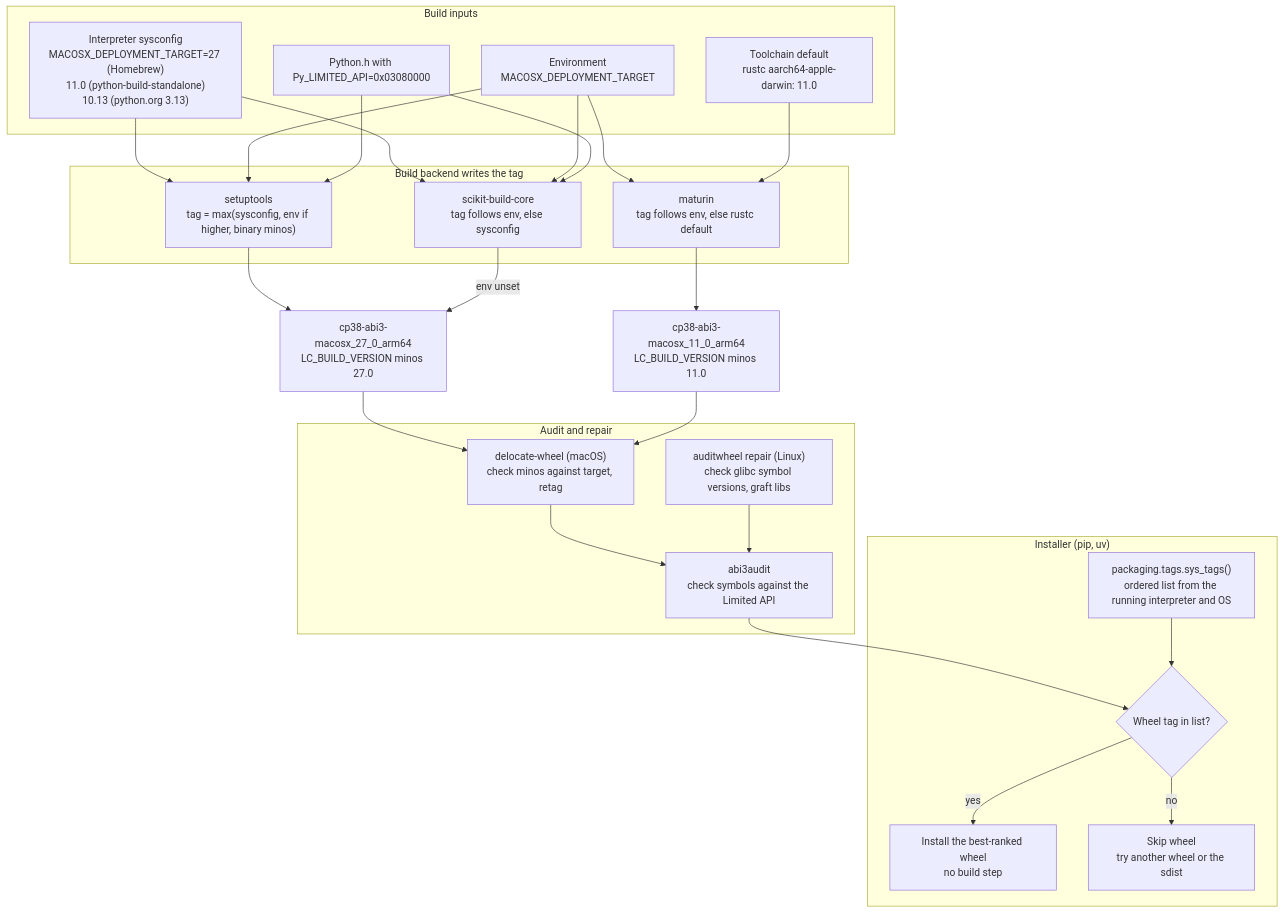
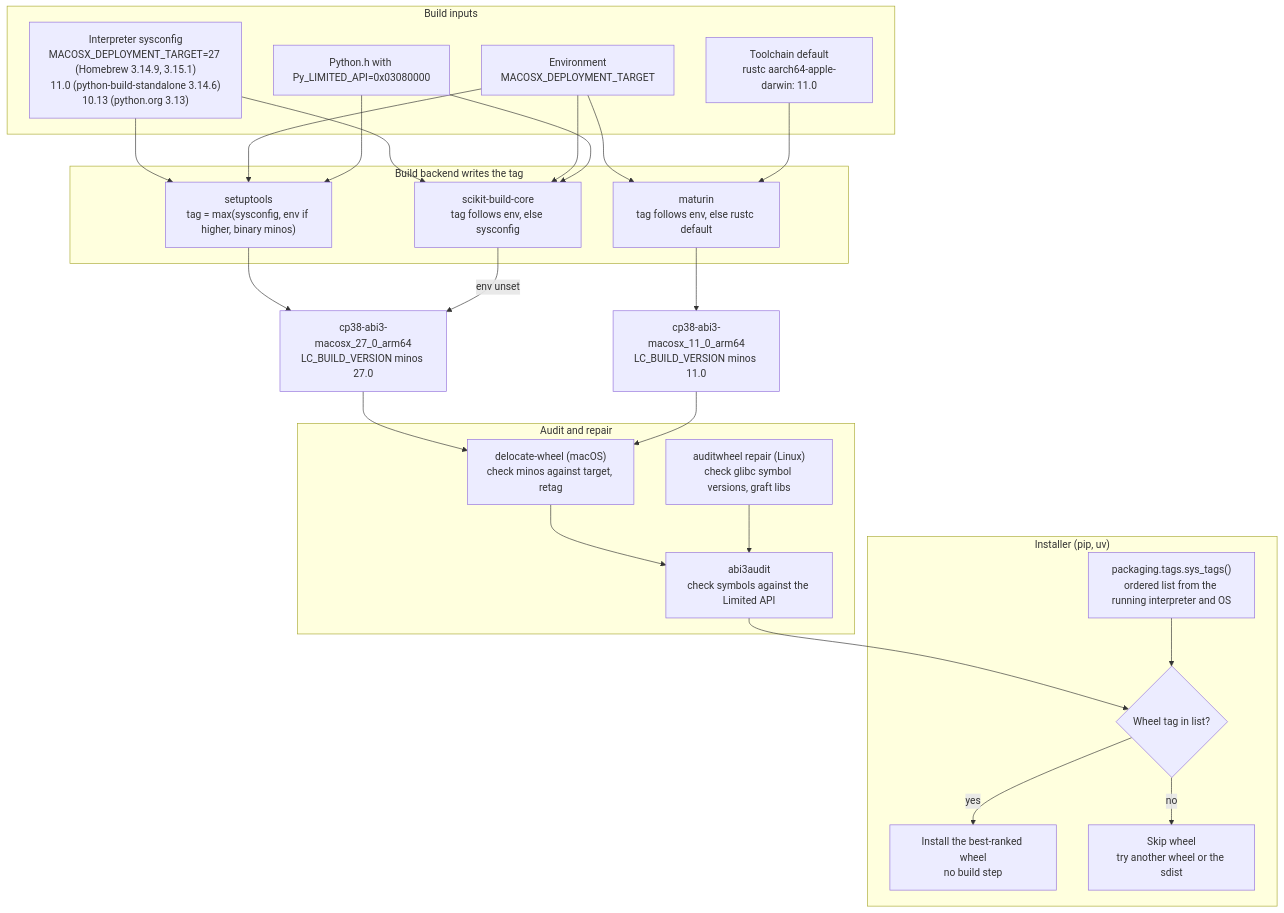
The diagram in 18-Developer-Toolchain/07-Packaging-and-Release/Python/Python-Wheels-Platform-Tags-Manylinux-and-ABI3.md (shreejitverma/SDE-Interview-Prep), drawn with Mermaid before and after one commit. The commit also changed other lines of this file and 5 other files, not shown here.

````diff
--- a/18-Developer-Toolchain/07-Packaging-and-Release/Python/Python-Wheels-Platform-Tags-Manylinux-and-ABI3.md
+++ b/18-Developer-Toolchain/07-Packaging-and-Release/Python/Python-Wheels-Platform-Tags-Manylinux-and-ABI3.md
@@ -43,51 +43,51 @@
 ```mermaid
 flowchart TD
     subgraph Inputs["Build inputs"]
-        SYS["Interpreter sysconfig<br/>MACOSX_DEPLOYMENT_TARGET=27 (Homebrew)<br/>11.0 (python-build-standalone)<br/>10.13 (python.org 3.13)"]
+        SYS["Interpreter sysconfig<br/>MACOSX_DEPLOYMENT_TARGET=27 (Homebrew 3.14.9, 3.15.1)<br/>11.0 (python-build-standalone 3.14.6)<br/>10.13 (python.org 3.13)"]
         ENV["Environment<br/>MACOSX_DEPLOYMENT_TARGET"]
         TC["Toolchain default<br/>rustc aarch64-apple-darwin: 11.0"]
         HDR["Python.h with Py_LIMITED_API=0x03080000"]
     end
 
     subgraph Backends["Build backend writes the tag"]
         ST["setuptools<br/>tag = max(sysconfig, env if higher, binary minos)"]
         SK["scikit-build-core<br/>tag follows env, else sysconfig"]
         MT["maturin<br/>tag follows env, else rustc default"]
     end
 
     SYS --> ST
     ENV --> ST
     SYS --> SK
     ENV --> SK
     ENV --> MT
     TC --> MT
     HDR --> ST
     HDR --> SK
 
     ST --> W1["cp38-abi3-macosx_27_0_arm64<br/>LC_BUILD_VERSION minos 27.0"]
     MT --> W2["cp38-abi3-macosx_11_0_arm64<br/>LC_BUILD_VERSION minos 11.0"]
     SK -->|"env unset"| W1
 
     subgraph Repair["Audit and repair"]
         DEL["delocate-wheel (macOS)<br/>check minos against target, retag"]
         AW["auditwheel repair (Linux)<br/>check glibc symbol versions, graft libs"]
         A3["abi3audit<br/>check symbols against the Limited API"]
     end
 
     W1 --> DEL
     W2 --> DEL
     DEL --> A3
     AW --> A3
 
     subgraph Install["Installer (pip, uv)"]
         TAGS["packaging.tags.sys_tags()<br/>ordered list from the running interpreter and OS"]
         PICK{"Wheel tag in list?"}
         OK["Install the best-ranked wheel<br/>no build step"]
         NO["Skip wheel<br/>try another wheel or the sdist"]
     end
 
     A3 --> PICK
     TAGS --> PICK
     PICK -->|"yes"| OK
     PICK -->|"no"| NO
 ```
````
